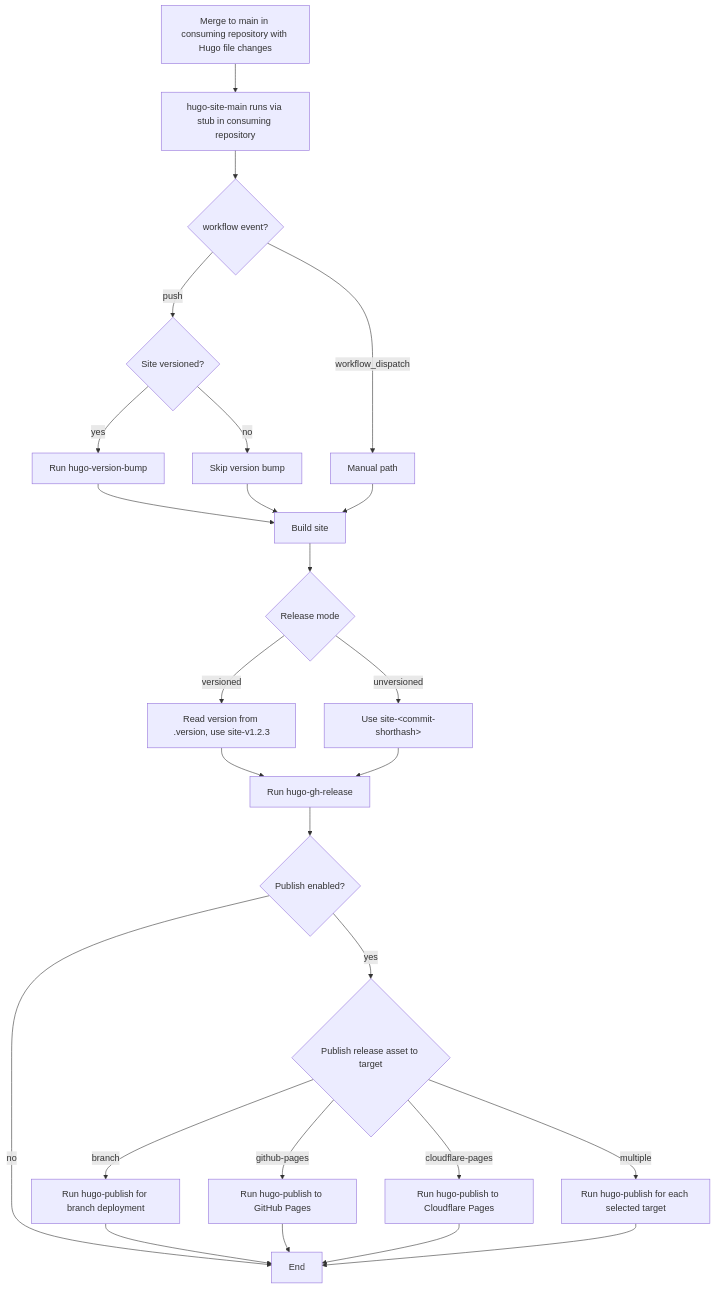
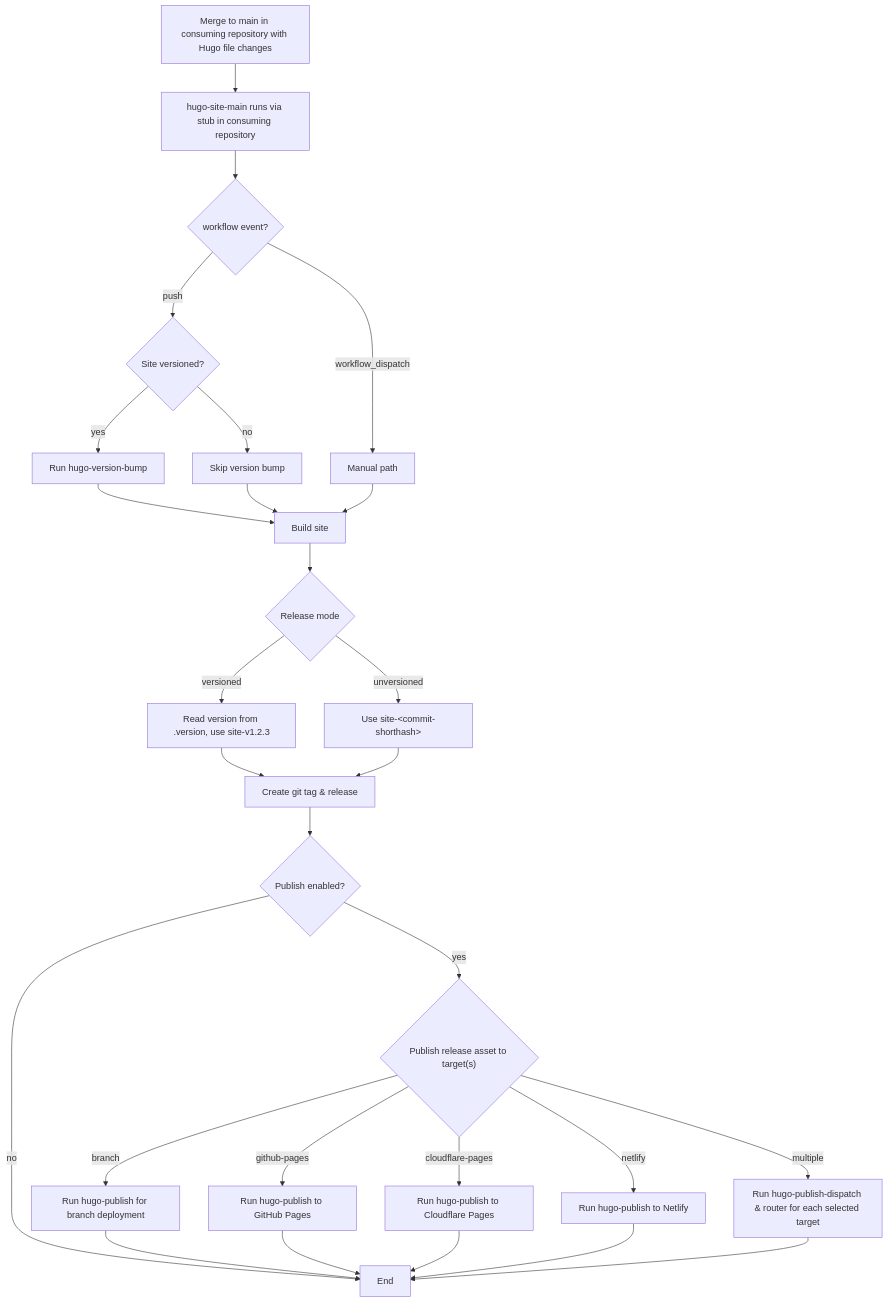
Before and after one commit to redjax/PipelineTemplates: the first of 2 diagrams in docs/ci-cd/github-actions/workflows/hugo-site-main/README.md, drawn with Mermaid. The commit also changed other lines of this file and 19 other files, not shown here.

````diff
--- a/docs/ci-cd/github-actions/workflows/hugo-site-main/README.md
+++ b/docs/ci-cd/github-actions/workflows/hugo-site-main/README.md
@@ -97,36 +101,38 @@
 ```mermaid
 flowchart TD
   A[Merge to main in consuming repository with Hugo file changes] --> B[hugo-site-main runs via stub in consuming repository]
   B --> C{workflow event?}
   C -->|push| D{Site versioned?}
   C -->|workflow_dispatch| M[Manual path]
 
   D -->|yes| E[Run hugo-version-bump]
   D -->|no| F[Skip version bump]
 
   E --> G[Build site]
   F --> G
 
   G --> H{Release mode}
   H -->|versioned| I[Read version from .version, use site-v1.2.3]
   H -->|unversioned| J[Use site-&ltcommit-shorthash&gt]
 
-  I --> K[Run hugo-gh-release]
+  I --> K[Create git tag & release]
   J --> K
 
   K --> L{Publish enabled?}
   L -->|no| N[End]
-  L -->|yes| O{Publish release asset to target}
+  L -->|yes| O{"Publish release asset to target(s)"}
 
   O -->|branch| P[Run hugo-publish for branch deployment]
   O -->|github-pages| Q[Run hugo-publish to GitHub Pages]
   O -->|cloudflare-pages| R[Run hugo-publish to Cloudflare Pages]
-  O -->|multiple| S[Run hugo-publish for each selected target]
+  O -->|netlify| S[Run hugo-publish to Netlify]
+  O -->|multiple| T[Run hugo-publish-dispatch & router for each selected target]
 
   P --> N[End]
   Q --> N
   R --> N
   S --> N
+  T --> N
 
   M --> G
 ```
````
